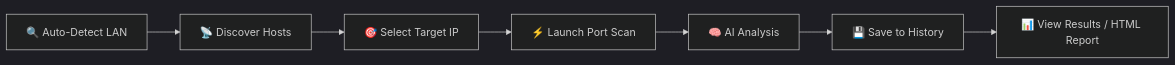
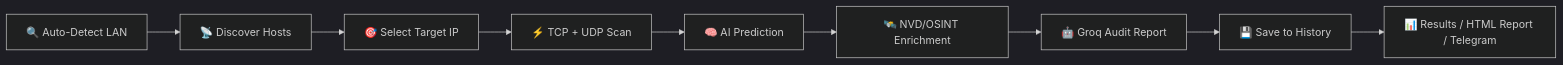
The diagram in README.md (Amine-NAHLI/smart-network-mapper), drawn with Mermaid (dark theme) before and after one commit. The commit also changed other lines of this file, not shown here.

Commit message:
docs: update README with advanced AI-driven features, OSINT/CVE integration, and Telegram automation details

````diff
--- a/README.md
+++ b/README.md
@@ -267,9 +314,11 @@
 ```mermaid
 graph LR
     A[🔍 Auto-Detect LAN] --> B[📡 Discover Hosts]
     B --> C[🎯 Select Target IP]
-    C --> D[⚡ Launch Port Scan]
-    D --> E[🧠 AI Analysis]
-    E --> F[💾 Save to History]
-    F --> G[📊 View Results / HTML Report]
+    C --> D[⚡ TCP + UDP Scan]
+    D --> E[🧠 AI Prediction]
+    E --> F[🛰️ NVD/OSINT Enrichment]
+    F --> G[🤖 Groq Audit Report]
+    G --> H[💾 Save to History]
+    H --> I[📊 Results / HTML Report / Telegram]
 ```
````
